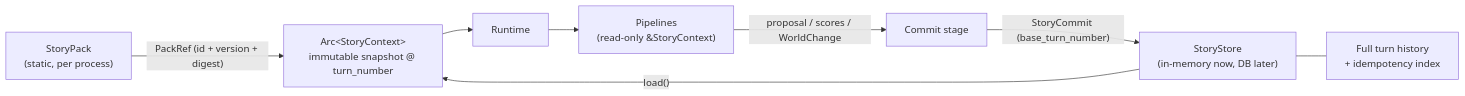
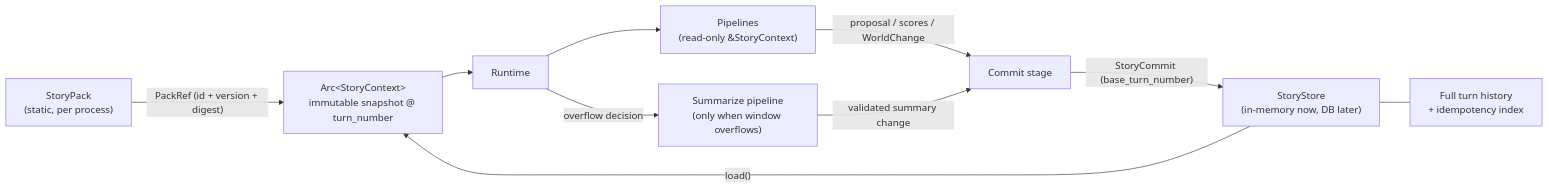
One commit to falconcali/aise changed the diagram in doc/design/2026-10-04-story-context-data-design-opus.md. Above: the diagram before and after it, drawn with Mermaid. The commit also changed other lines of this file and 15 other files, not shown here.

````diff
--- a/doc/design/2026-10-04-story-context-data-design-opus.md
+++ b/doc/design/2026-10-04-story-context-data-design-opus.md
@@ -126,18 +126,21 @@
 ```mermaid
 flowchart LR
   Pack["StoryPack<br/>(static, per process)"]
   Store["StoryStore<br/>(in-memory now, DB later)"]
   Ctx["Arc&lt;StoryContext&gt;<br/>immutable snapshot @ turn_number"]
   Hist["Full turn history<br/>+ idempotency index"]
   RT["Runtime"]
   P["Pipelines<br/>(read-only &StoryContext)"]
+  S["Summarize pipeline<br/>(only when window overflows)"]
   C["Commit stage"]
 
   Pack -- "PackRef (id + version + digest)" --> Ctx
   Store -- "load()" --> Ctx
   Store --- Hist
   Ctx --> RT
   RT --> P
   P -- "proposal / scores / WorldChange" --> C
+  RT -- "overflow decision" --> S
+  S -- "validated summary change" --> C
   C -- "StoryCommit (base_turn_number)" --> Store
 ```
````
